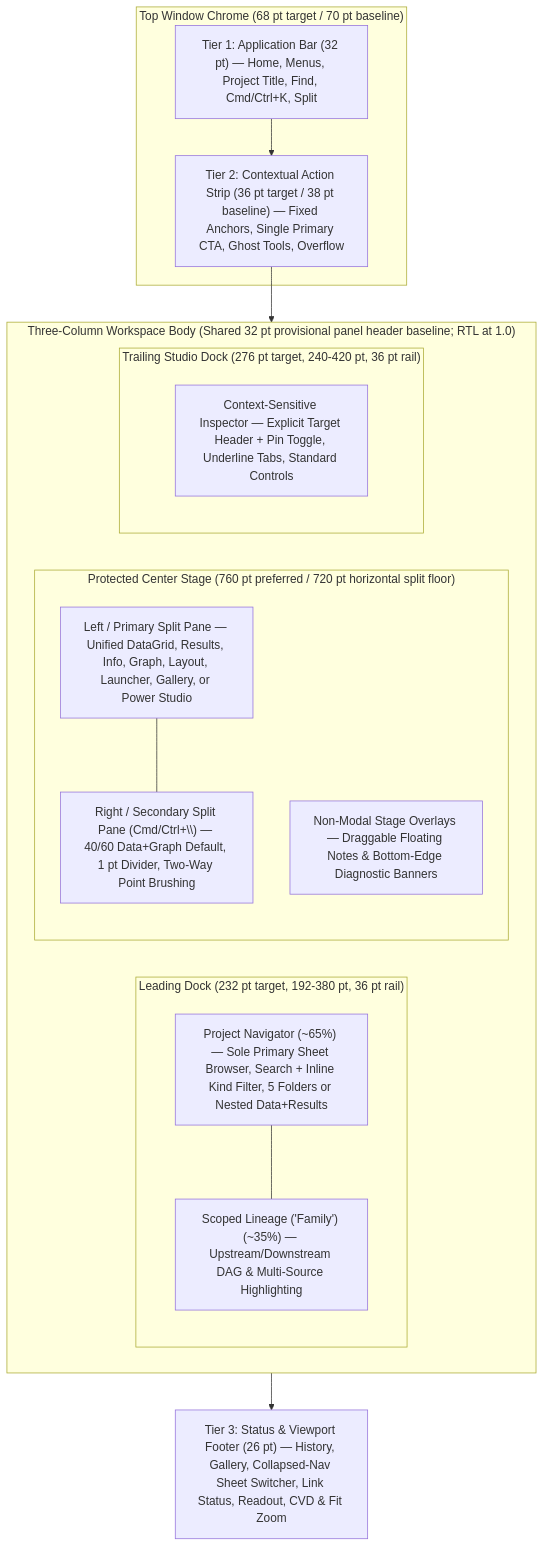
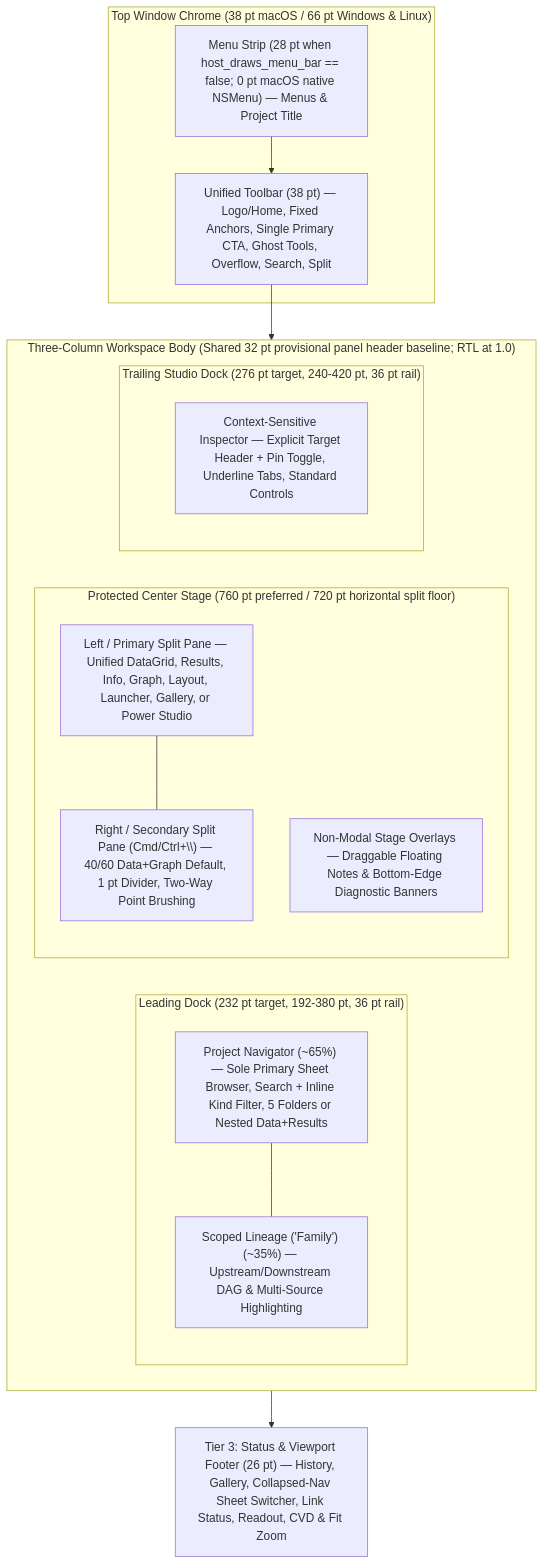
Before and after one commit to HauserGroup/curvebook: the diagram in docs/planning/gui-layout-spec.md, drawn with Mermaid. The commit also changed other lines of this file and 190 other files, not shown here.

````diff
--- a/docs/planning/gui-layout-spec.md
+++ b/docs/planning/gui-layout-spec.md
@@ -58,30 +59,30 @@
 ```mermaid
 flowchart TB
-    subgraph TopChrome["Top Window Chrome (68 pt target / 70 pt baseline)"]
-        AppBar["Tier 1: Application Bar (32 pt) — Home, Menus, Project Title, Find, Cmd/Ctrl+K, Split"]
-        ActionStrip["Tier 2: Contextual Action Strip (36 pt target / 38 pt baseline) — Fixed Anchors, Single Primary CTA, Ghost Tools, Overflow"]
+    subgraph TopChrome["Top Window Chrome (38 pt macOS / 66 pt Windows & Linux)"]
+        AppBar["Menu Strip (28 pt when host_draws_menu_bar == false; 0 pt macOS native NSMenu) — Menus & Project Title"]
+        ActionStrip["Unified Toolbar (38 pt) — Logo/Home, Fixed Anchors, Single Primary CTA, Ghost Tools, Overflow, Search, Split"]
     end
 
     subgraph Body["Three-Column Workspace Body (Shared 32 pt provisional panel header baseline; RTL at 1.0)"]
         subgraph LeadingDock["Leading Dock (232 pt target, 192-380 pt, 36 pt rail)"]
             NavTree["Project Navigator (~65%) — Sole Primary Sheet Browser, Search + Inline Kind Filter, 5 Folders or Nested Data+Results"]
             FamilyDAG["Scoped Lineage ('Family') (~35%) — Upstream/Downstream DAG & Multi-Source Highlighting"]
         end
 
         subgraph CenterStage["Protected Center Stage (760 pt preferred / 720 pt horizontal split floor)"]
             PrimaryPane["Left / Primary Split Pane — Unified DataGrid, Results, Info, Graph, Layout, Launcher, Gallery, or Power Studio"]
             SplitPane["Right / Secondary Split Pane (Cmd/Ctrl+\\) — 40/60 Data+Graph Default, 1 pt Divider, Two-Way Point Brushing"]
             Overlays["Non-Modal Stage Overlays — Draggable Floating Notes & Bottom-Edge Diagnostic Banners"]
         end
 
         subgraph TrailingDock["Trailing Studio Dock (276 pt target, 240-420 pt, 36 pt rail)"]
             Studio["Context-Sensitive Inspector — Explicit Target Header + Pin Toggle, Underline Tabs, Standard Controls"]
         end
     end
 
     Footer["Tier 3: Status & Viewport Footer (26 pt) — History, Gallery, Collapsed-Nav Sheet Switcher, Link Status, Readout, CVD & Fit Zoom"]
 
     AppBar --> ActionStrip --> Body --> Footer
     NavTree --- FamilyDAG
     PrimaryPane --- SplitPane
 ```
````
